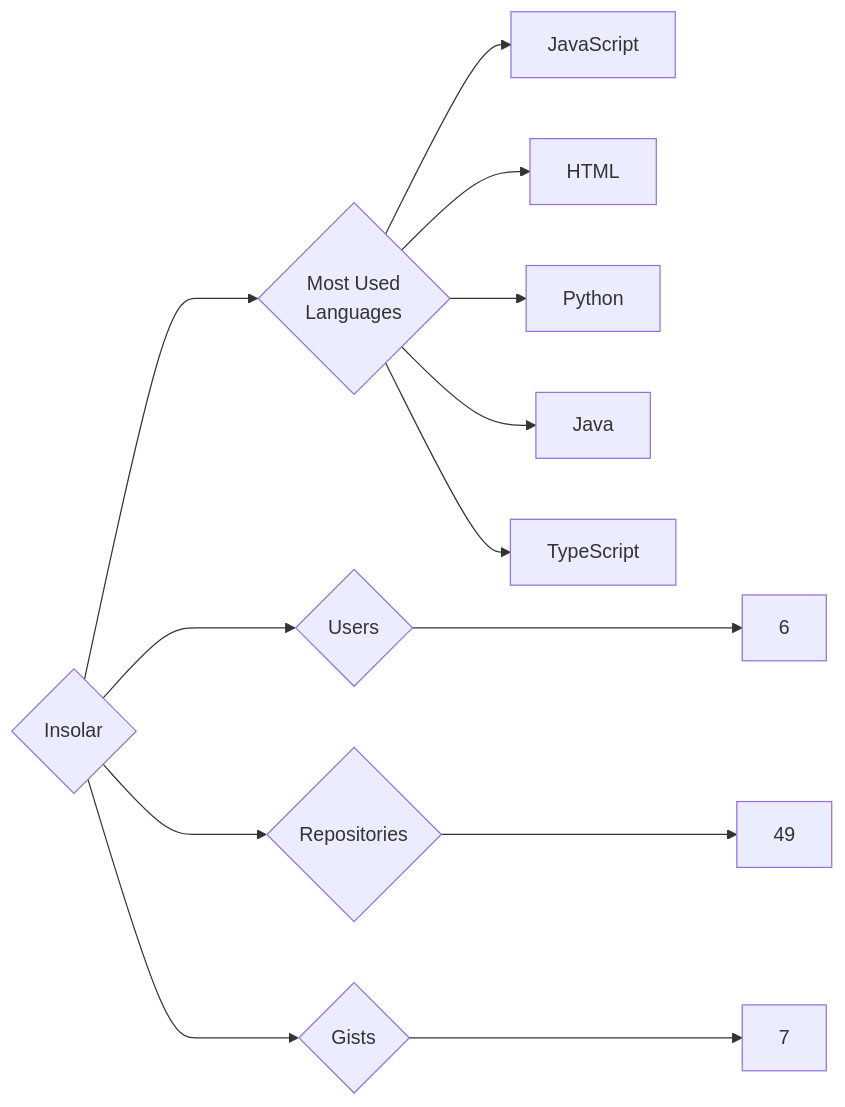
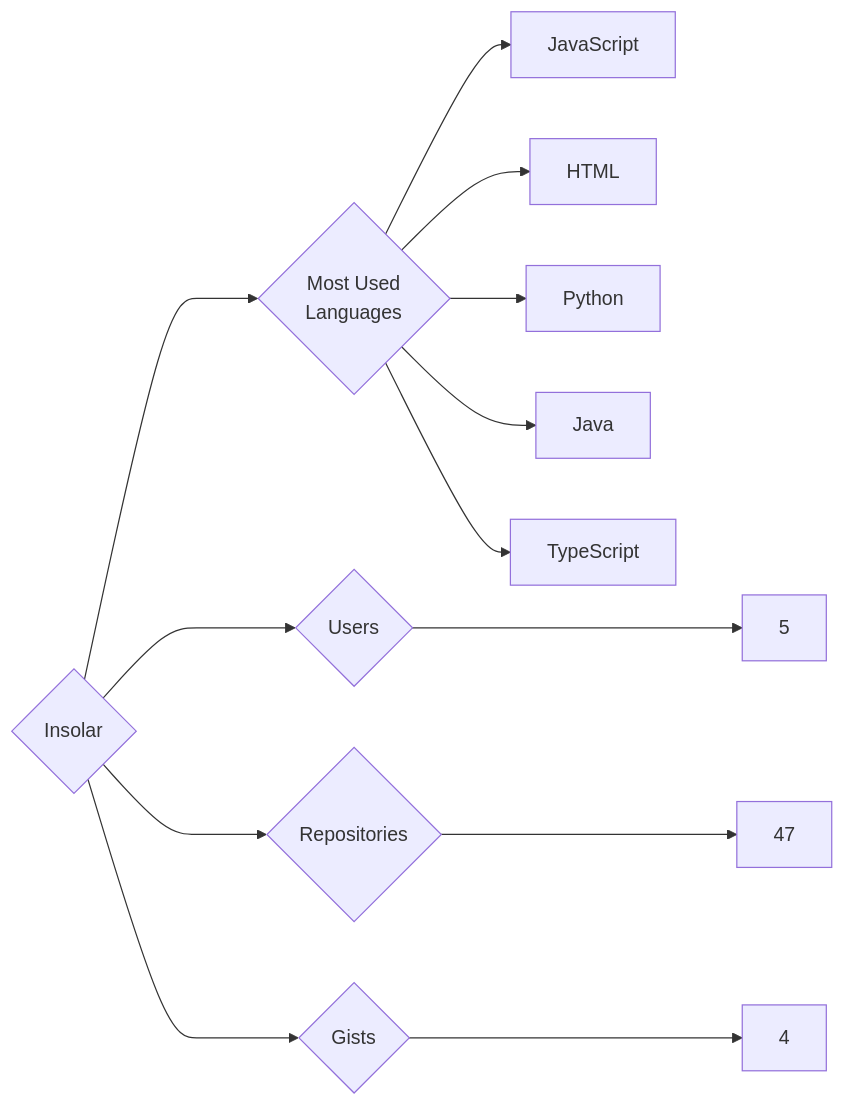
One commit to trickest/insiders changed the diagram in targets/Insolar/README.md. Above: the diagram before and after it, drawn with Mermaid. The commit also changed 900 other files, not shown here.

````diff
--- a/targets/Insolar/README.md
+++ b/targets/Insolar/README.md
@@ -3,13 +3,13 @@
 ```mermaid
 graph LR
 COMPANY_NAME{Insolar}
-COMPANY_NAME ---> U{Users} ---> UN[6]
-COMPANY_NAME ---> R{Repositories} ---> RN[49]
-COMPANY_NAME ---> G{Gists} ---> GN[7]
+COMPANY_NAME ---> U{Users} ---> UN[5]
+COMPANY_NAME ---> R{Repositories} ---> RN[47]
+COMPANY_NAME ---> G{Gists} ---> GN[4]
 COMPANY_NAME ---> ML{Most Used<br>Languages}
 ML --> JavaScript[JavaScript]
 ML --> HTML[HTML]
 ML --> Python[Python]
 ML --> Java[Java]
 ML --> TypeScript[TypeScript]
 ```
````
